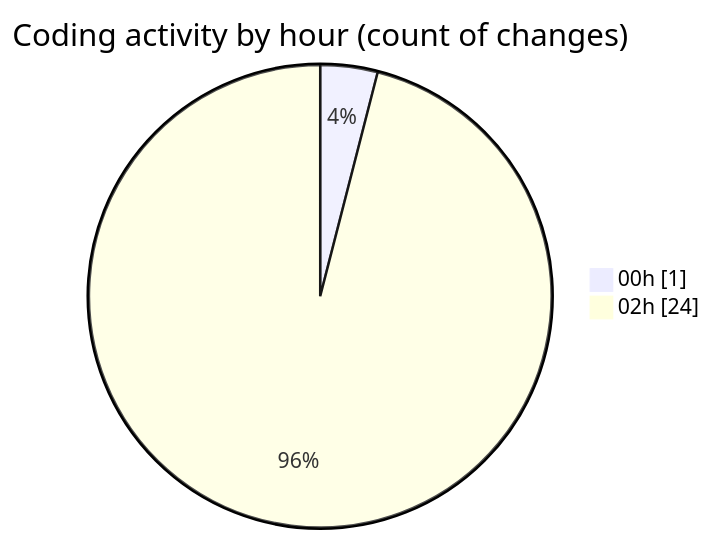
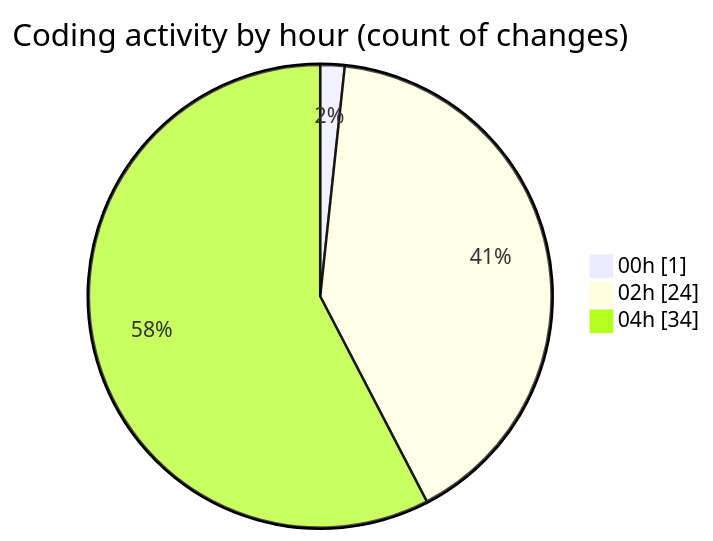
The second of 2 diagrams in 2025-11-23/eventscop-api-guide__workspace_/README.md (julien-gomy/code-tracking), drawn with Mermaid before and after one commit. The commit also changed other lines of this file and 1 other file, not shown here.

````diff
--- a/2025-11-23/eventscop-api-guide__workspace_/README.md
+++ b/2025-11-23/eventscop-api-guide__workspace_/README.md
@@ -36,6 +38,7 @@
 ```mermaid
 pie showData
 title Coding activity by hour (count of changes)
 "00h" : 1
 "02h" : 24
+"04h" : 34
 ```
````
